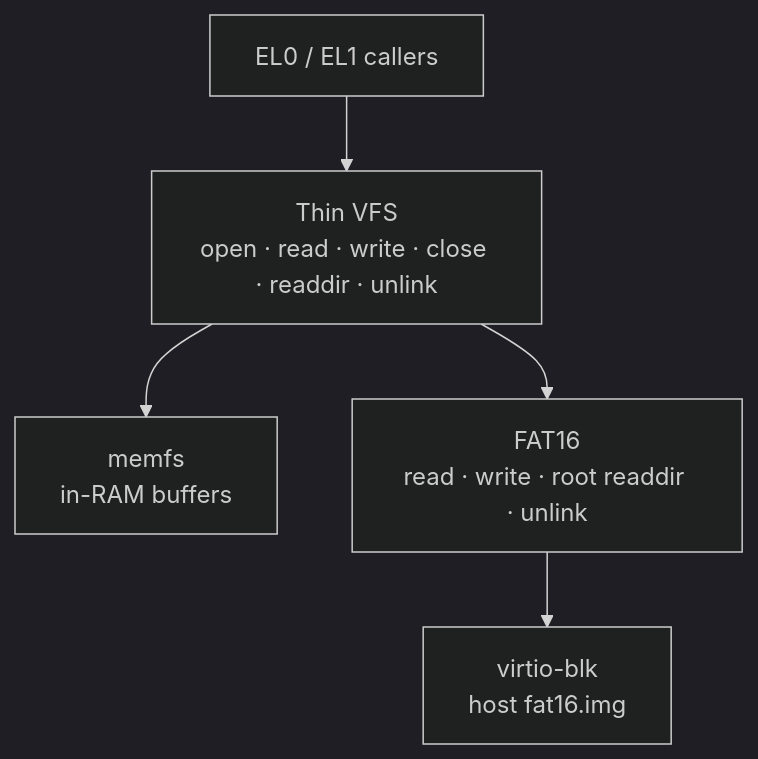
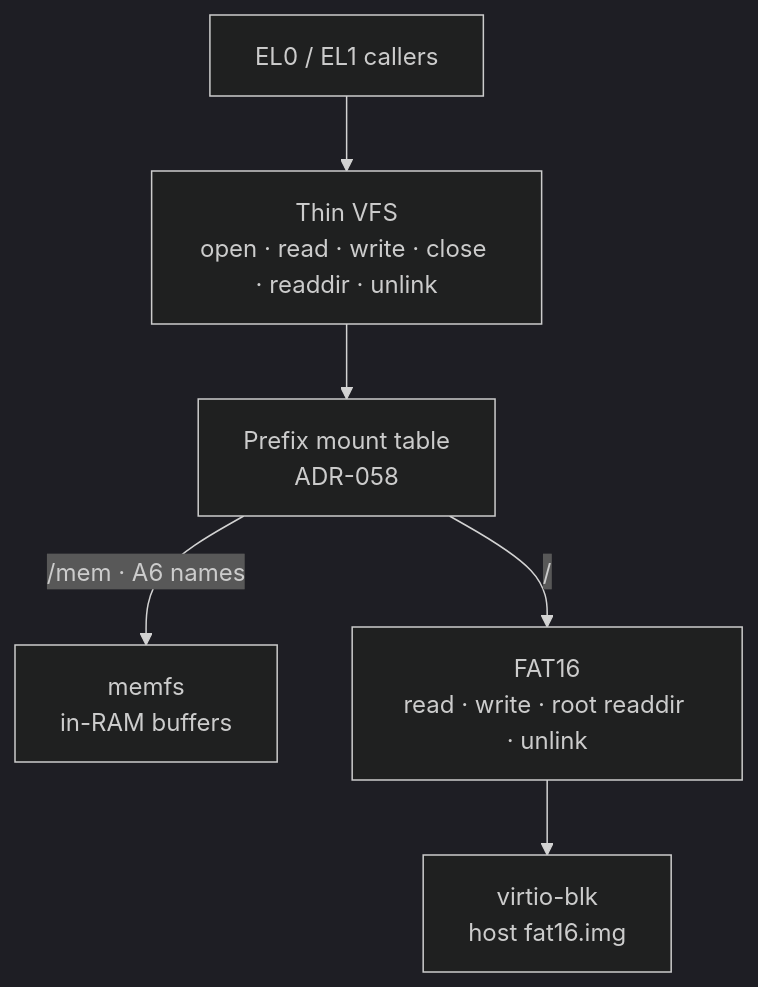
One commit to artofdream/ctos changed the first of 2 diagrams in docs/overview/filesystem.md. Above: the diagram before and after it, drawn with Mermaid (dark theme). The commit also changed other lines of this file and 14 other files, not shown here.

First line of the commit message:
feat: thin VFS prefix mounts (ADR-058)

````diff
--- a/docs/overview/filesystem.md
+++ b/docs/overview/filesystem.md
@@ -7,7 +7,8 @@
 ```mermaid
 flowchart TD
   CALL["EL0 / EL1 callers"] --> VFS["Thin VFS<br/>open · read · write · close · readdir · unlink"]
-  VFS --> MEM["memfs<br/>in-RAM buffers"]
-  VFS --> FAT["FAT16<br/>read · write · root readdir · unlink"]
+  VFS --> MT["Prefix mount table<br/>ADR-058"]
+  MT -->|"/mem · A6 names"| MEM["memfs<br/>in-RAM buffers"]
+  MT -->|"/"| FAT["FAT16<br/>read · write · root readdir · unlink"]
   FAT --> BLK["virtio-blk<br/>host fat16.img"]
 ```
````
